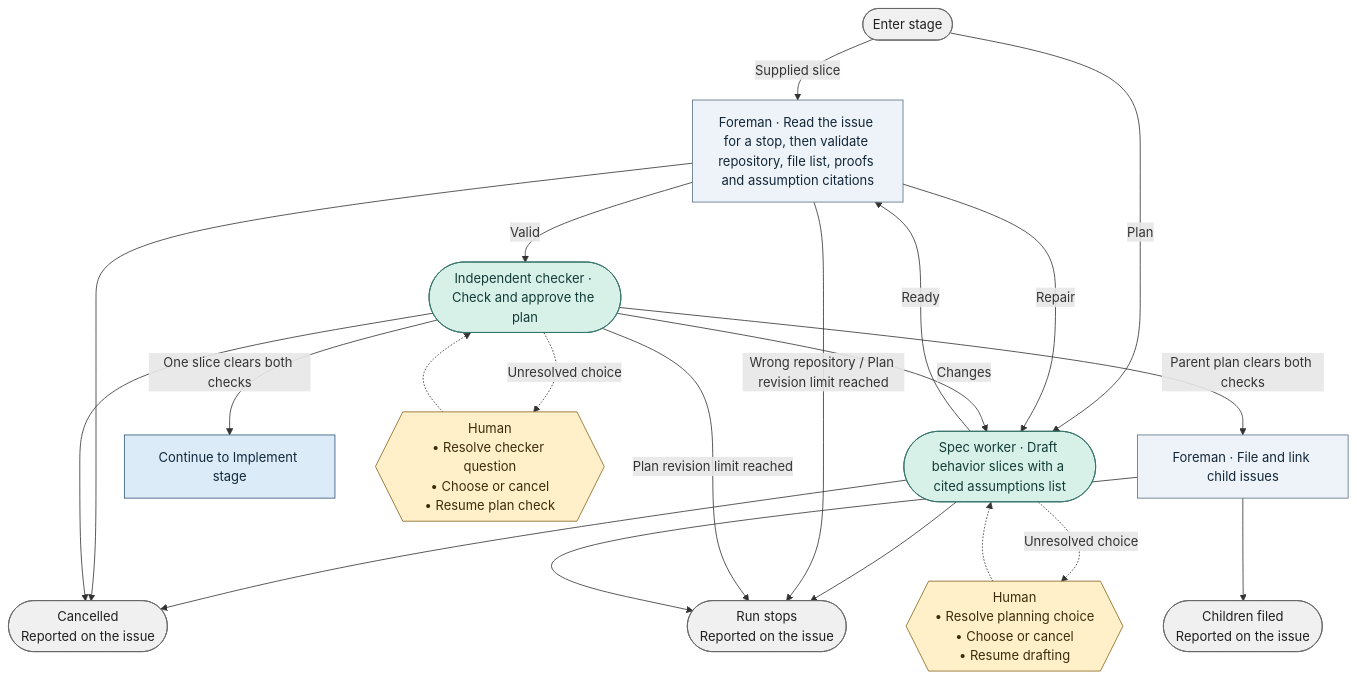
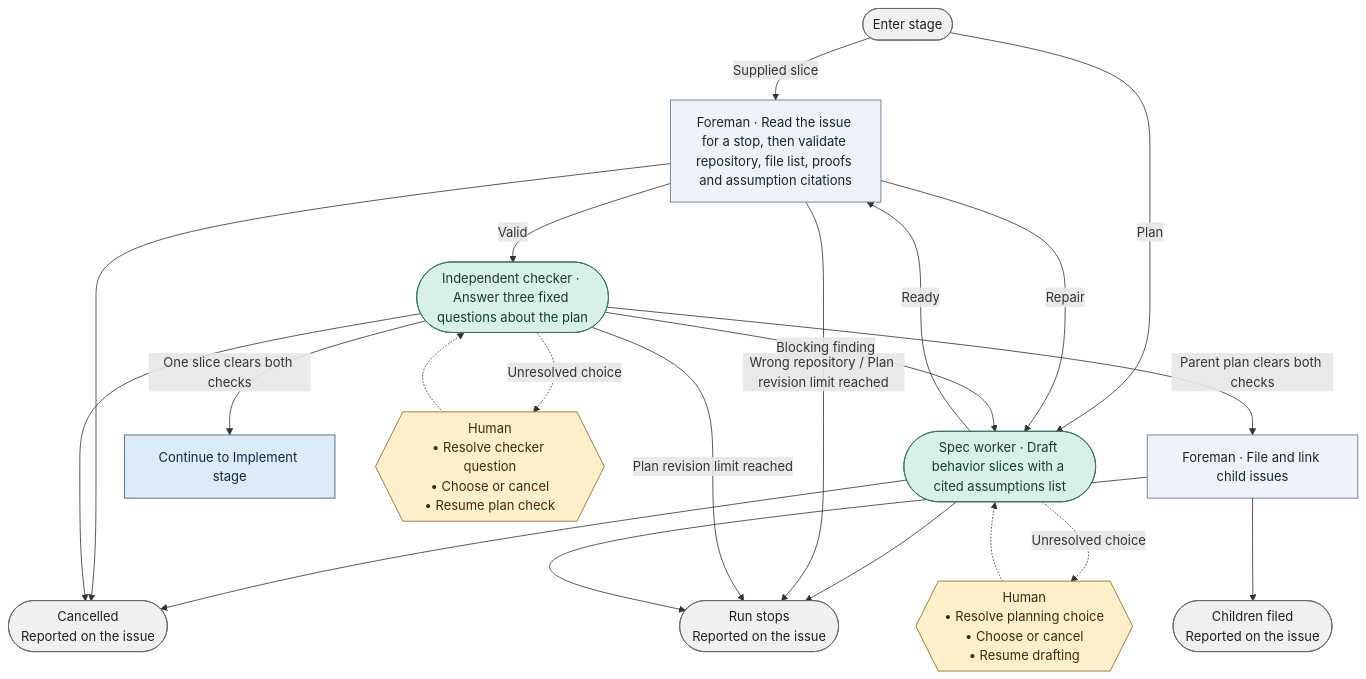
The diagram in docs/graph/blueprint/views/stages/spec.mmd (bookout-labs/tools), drawn with Mermaid before and after one commit. The commit also changed 22 other files, not shown here.

Commit message:
Ask fixed plan check questions and require evidence to redraft (#461)

```diff
--- a/docs/graph/blueprint/views/stages/spec.mmd
+++ b/docs/graph/blueprint/views/stages/spec.mmd
@@ -1,37 +1,37 @@
 flowchart TD
     n0(["Enter stage"]):::terminal
     n1(["Spec worker · Draft behavior slices with a cited assumptions list"]):::worker
     n2["Foreman · Read the issue for a stop, then validate repository, file list, proofs and assumption citations"]:::step
-    n3(["Independent checker · Check and approve the plan"]):::worker
+    n3(["Independent checker · Answer three fixed questions about the plan"]):::worker
     n4["Foreman · File and link child issues"]:::step
     n5(["Cancelled<br/>Reported on the issue"]):::terminal
     n6(["Run stops<br/>Reported on the issue"]):::terminal
     n7["Continue to Implement stage"]:::stage
     n8(["Children filed<br/>Reported on the issue"]):::terminal
     n9{{"Human<br/>• Resolve planning choice<br/>• Choose or cancel<br/>• Resume drafting"}}:::gate
     n10{{"Human<br/>• Resolve checker question<br/>• Choose or cancel<br/>• Resume plan check"}}:::gate
     n0 -->|"Supplied slice"| n2
     n0 -->|"Plan"| n1
     n1 -->|"Ready"| n2
     n1 --> n5
     n1 --> n6
     n2 -->|"Wrong repository / Plan revision limit reached"| n6
     n2 --> n5
     n2 -->|"Repair"| n1
     n2 -->|"Valid"| n3
     n3 -->|"Plan revision limit reached"| n6
-    n3 -->|"Changes"| n1
+    n3 -->|"Blocking finding"| n1
     n3 --> n5
     n3 -->|"One slice clears both checks"| n7
     n3 -->|"Parent plan clears both checks"| n4
     n4 --> n8
     n4 --> n6
     n1 -.->|"Unresolved choice"| n9
     n9 -.-> n1
     n3 -.->|"Unresolved choice"| n10
     n10 -.-> n3
     classDef stage fill:#dcebf8,stroke:#315675,color:#10283b
     classDef step fill:#edf3f8,stroke:#597187,color:#132638
     classDef worker fill:#d7f0e8,stroke:#357369,color:#133c36
     classDef gate fill:#fff0c9,stroke:#89641f,color:#3f2b0b
     classDef terminal fill:#f0f0f0,stroke:#666666,color:#202020
```
